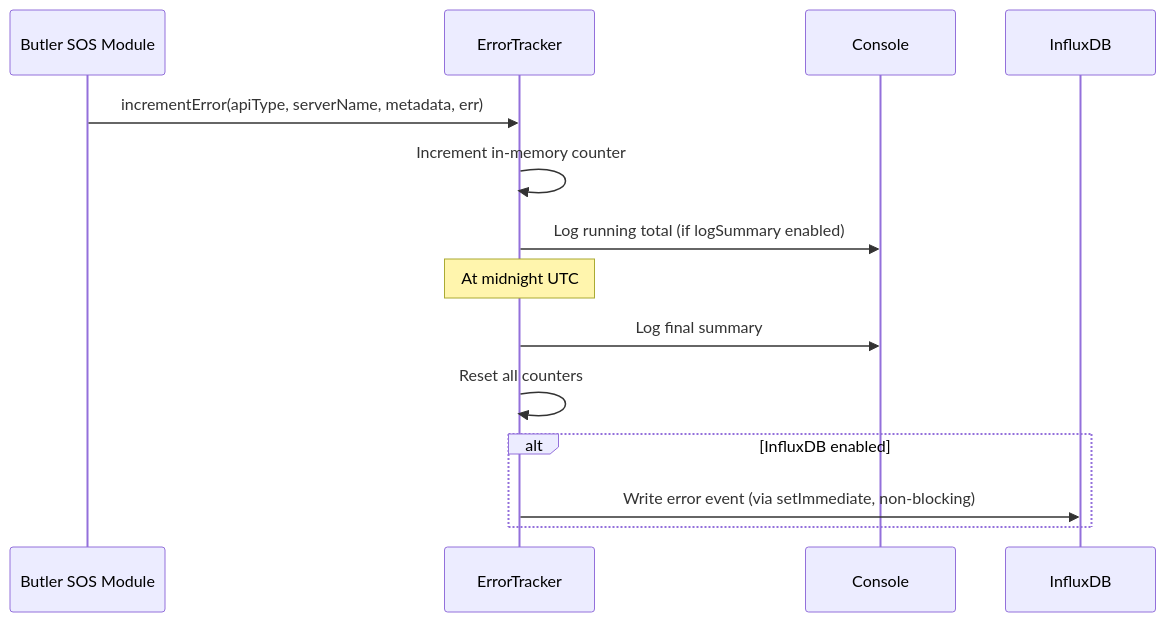
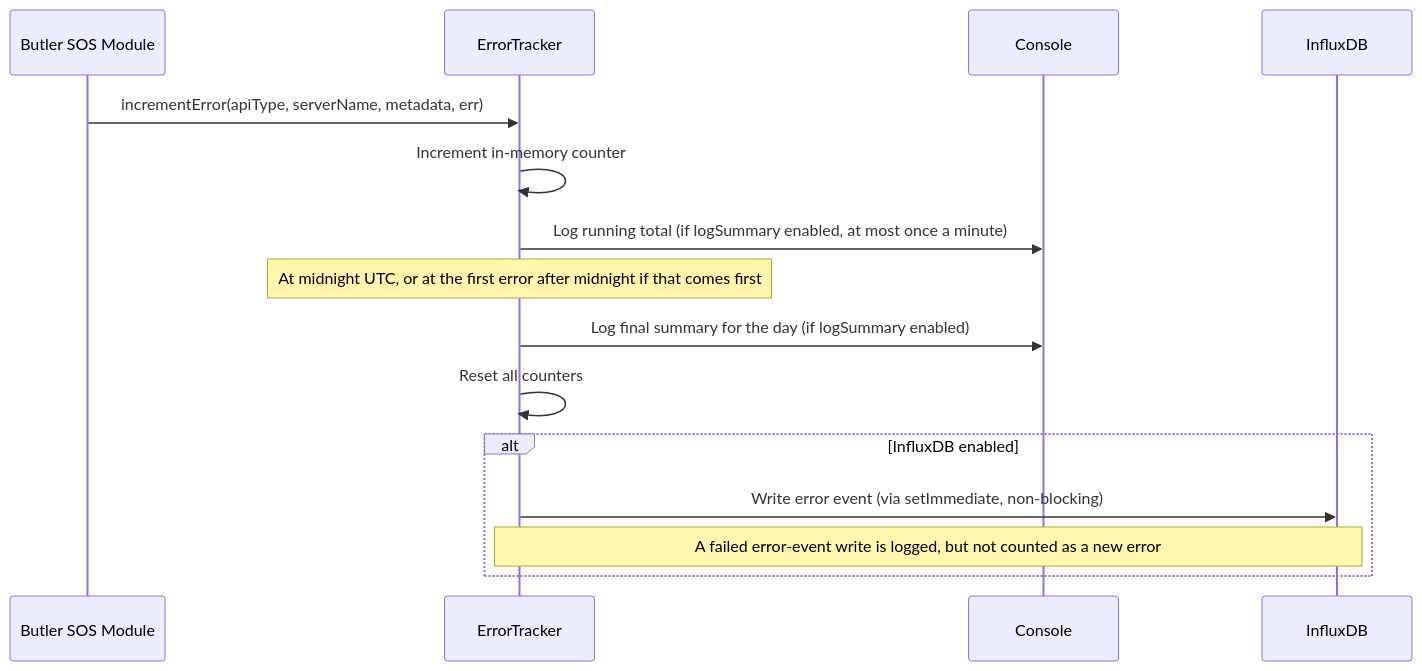
Before and after one commit to ptarmiganlabs/butler-sos-docs: the diagram in docs/v15.0/concepts/features/error-tracking.md, drawn with Mermaid. The commit also changed other lines of this file and 2 other files, not shown here.

First line of the commit message:
docs: describe the error tracking changes in Butler SOS 15.1.1

````diff
--- a/docs/v15.0/concepts/features/error-tracking.md
+++ b/docs/v15.0/concepts/features/error-tracking.md
@@ -21,19 +21,20 @@
 ```mermaid
 sequenceDiagram
     participant M as Butler SOS Module
     participant ET as ErrorTracker
     participant C as Console
     participant I as InfluxDB
 
     M->>ET: incrementError(apiType, serverName, metadata, err)
     ET->>ET: Increment in-memory counter
-    ET->>C: Log running total (if logSummary enabled)
+    ET->>C: Log running total (if logSummary enabled, at most once a minute)
 
-    Note over ET: At midnight UTC
-    ET->>C: Log final summary
+    Note over ET: At midnight UTC, or at the first error after midnight if that comes first
+    ET->>C: Log final summary for the day (if logSummary enabled)
     ET->>ET: Reset all counters
 
     alt InfluxDB enabled
         ET->>I: Write error event (via setImmediate, non-blocking)
+        Note over ET,I: A failed error-event write is logged, but not counted as a new error
     end
 ```
````
